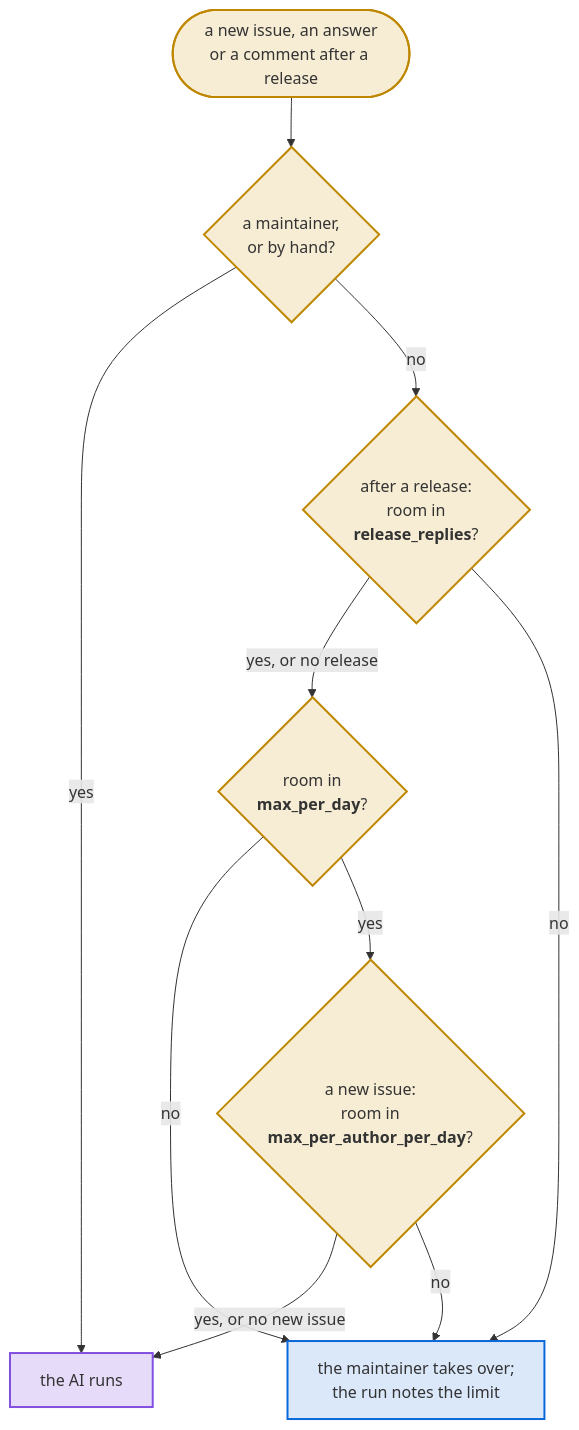
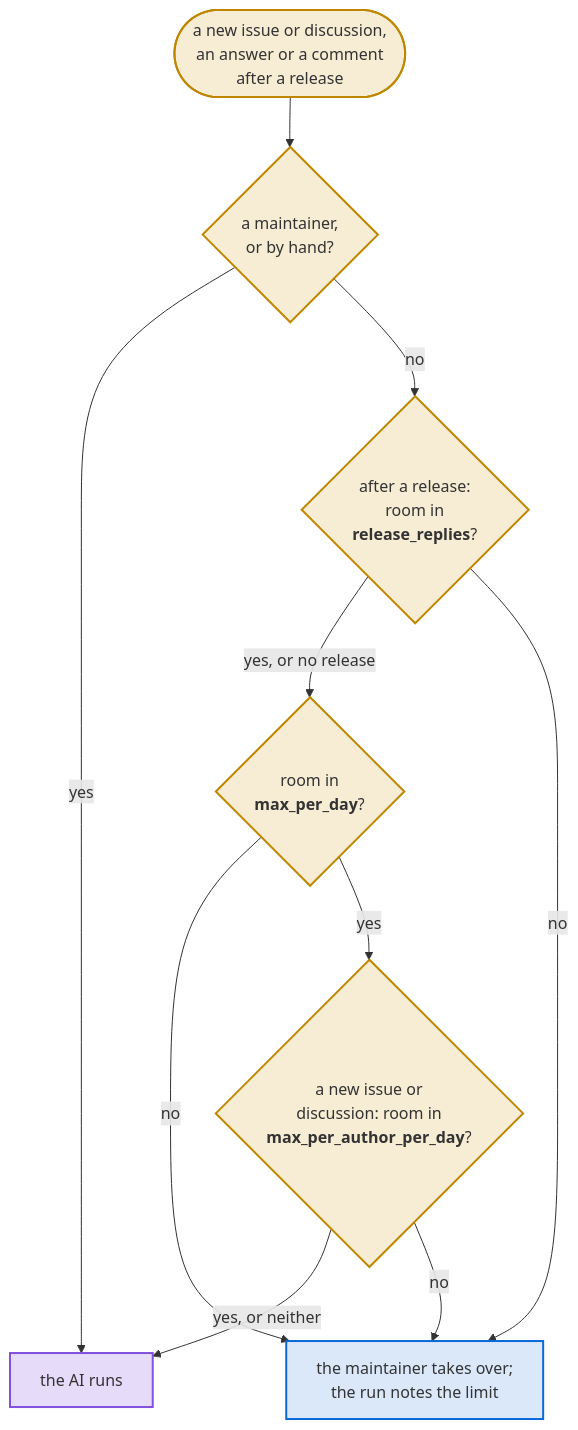
One commit to Dennis-Otto/issue-assistant changed the diagram in docs/diagrams/how-the-limits-decide-whether-the-ai-runs.mmd. Above: the diagram before and after it, drawn with Mermaid. The commit also changed 66 other files, not shown here.

First line of the commit message:
feat: a checked first answer for Q&A discussions (#144)

```diff
--- a/docs/diagrams/how-the-limits-decide-whether-the-ai-runs.mmd
+++ b/docs/diagrams/how-the-limits-decide-whether-the-ai-runs.mmd
@@ -1,20 +1,20 @@
 flowchart TB
   accTitle: How the limits decide whether the AI runs
-  accDescr: A new issue, an answer of the reporter or a comment of the reporter after a release asks for a run of the AI. When a maintainer asks, or someone runs the workflow by hand, the AI runs. For everyone else, a comment after a release needs the AI to have read fewer than release_replies comments of the reporter since the release. Then the day needs room: fewer than max_per_day new issues, follow-ups and replies after a release in the 24 hours before. A new issue also needs its reporter to have opened fewer than max_per_author_per_day issues in those 24 hours. Over a limit, the maintainer takes over, and the run notes which limit was reached.
-  asks(["a new issue, an answer<br>or a comment after a release"]) --> who{"a maintainer,<br>or by hand?"}
+  accDescr: A new issue, a new discussion in a category of answer_categories, an answer of the reporter or a comment of the reporter after a release asks for a run of the AI. When a maintainer asks, or someone runs the workflow by hand, the AI runs. For everyone else, a comment after a release needs the AI to have read fewer than release_replies comments of the reporter since the release. Then the day needs room: fewer than max_per_day new issues, first answers to discussions, follow-ups and replies after a release in the 24 hours before. A new issue or discussion also needs its author to have opened fewer than max_per_author_per_day issues and discussions in those 24 hours. Over a limit, the maintainer takes over, and the run notes which limit was reached.
+  asks(["a new issue or discussion,<br>an answer or a comment<br>after a release"]) --> who{"a maintainer,<br>or by hand?"}
   who -- "yes" --> runs["the AI runs"]
   who -- "no" --> release{"`after a release:<br>room in<br>**release_replies**?`"}
   release -- "yes, or no release" --> day{"`room in<br>**max_per_day**?`"}
   release -- "no" --> waits["the maintainer takes over;<br>the run notes the limit"]
   day -- "no" --> waits
-  day -- "yes" --> new{"`a new issue:<br>room in<br>**max_per_author_per_day**?`"}
-  new -- "yes, or no new issue" --> runs
+  day -- "yes" --> new{"`a new issue or<br>discussion: room in<br>**max_per_author_per_day**?`"}
+  new -- "yes, or neither" --> runs
   new -- "no" --> waits
   classDef trigger fill:#d4a72c33,stroke:#bf8700,stroke-width:2px
   classDef question fill:#d4a72c33,stroke:#bf8700,stroke-width:2px
   classDef ai fill:#8250df33,stroke:#8250df,stroke-width:2px
   classDef person fill:#0969da26,stroke:#0969da,stroke-width:2px
   class asks trigger
   class who,release,day,new question
   class runs ai
   class waits person
```
